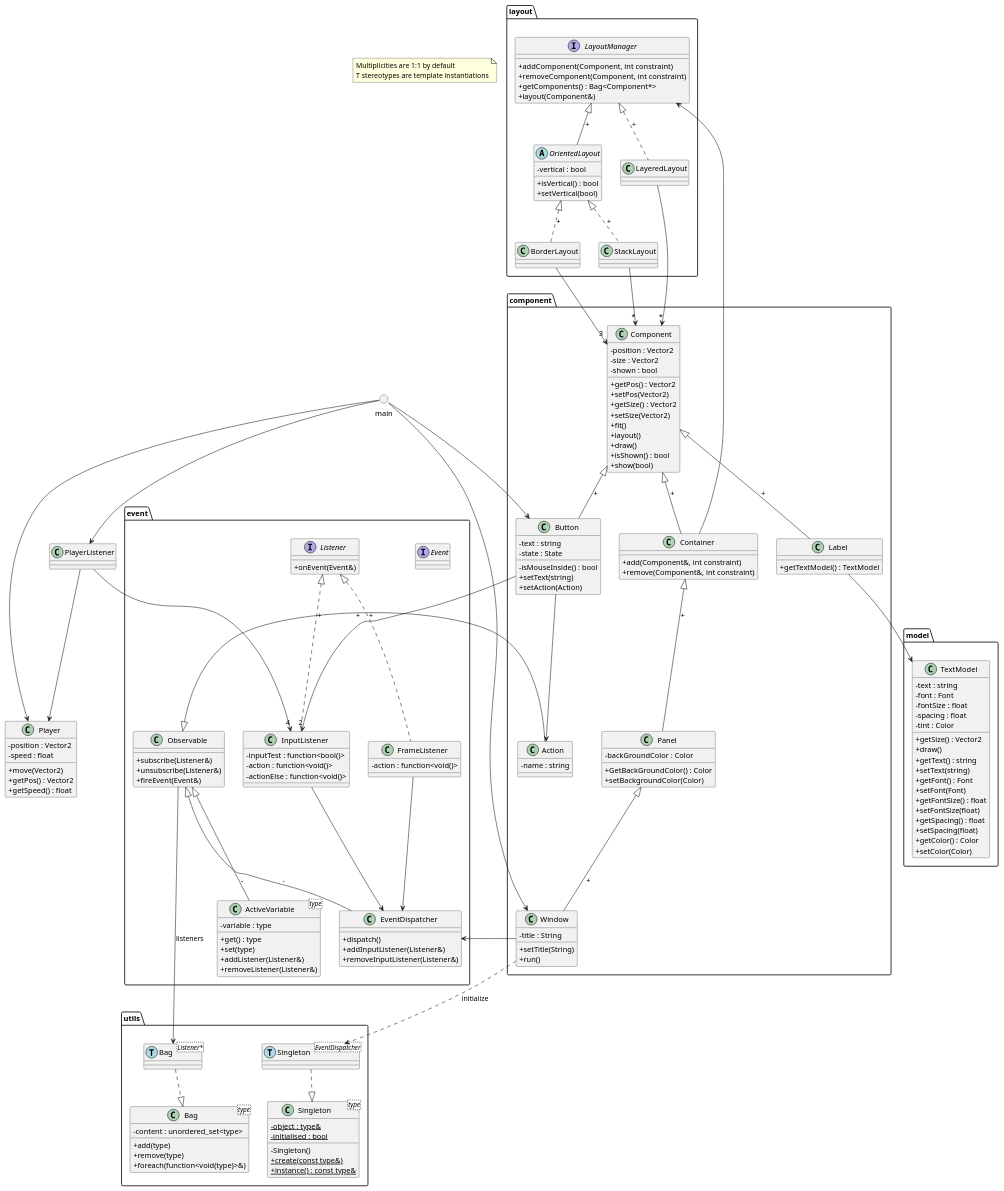
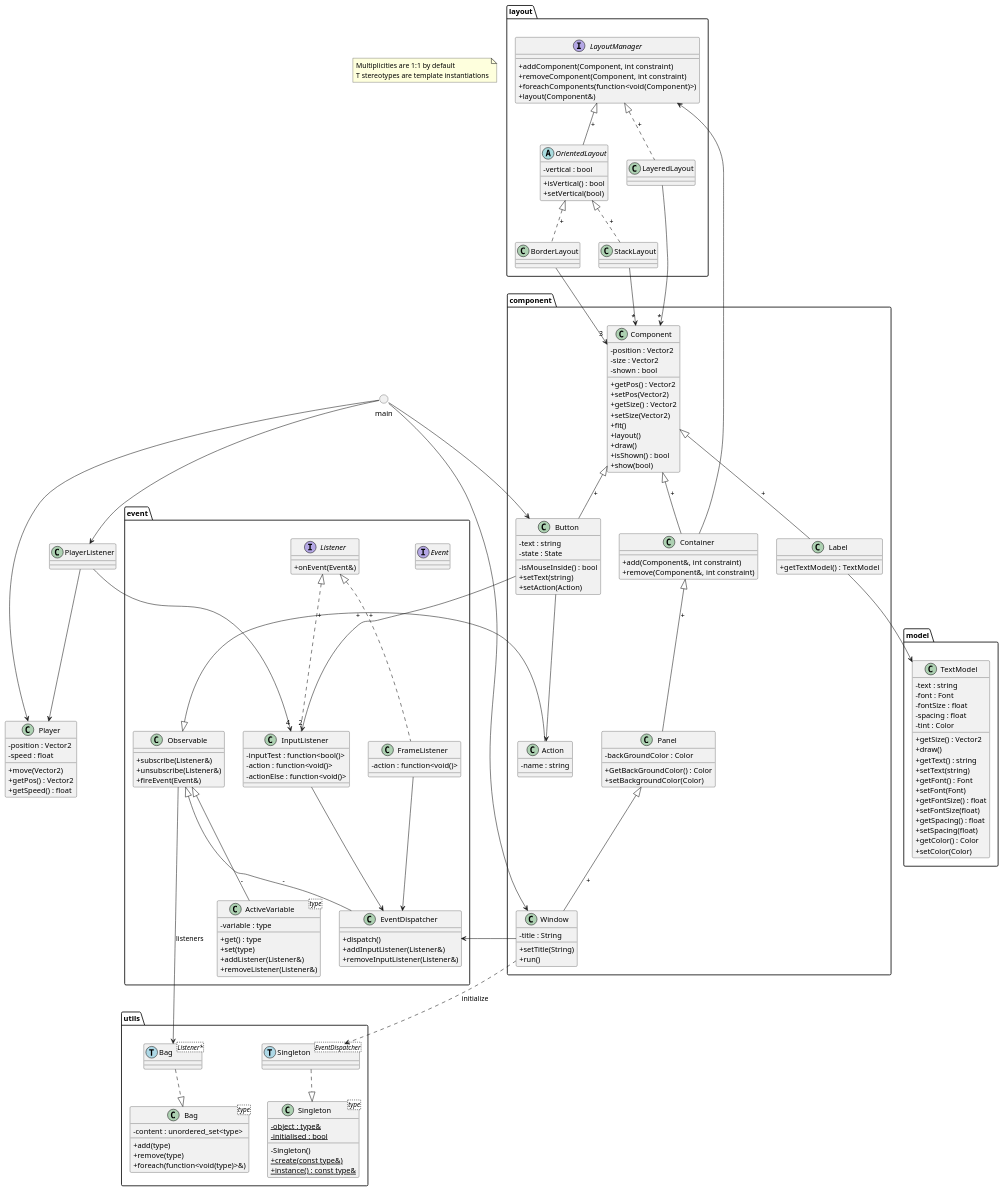
The diagram in project.puml (julesdupuis/CPP-UI-toolkit), drawn with PlantUML before and after one commit. The commit also changed 15 other files, not shown here.

Commit message:
fixed layouts, Label now draw text centered, changed LayoutManager::getComponents() into LayoutManager::foreachComponent() for easier drawing

```diff
--- a/project.puml
+++ b/project.puml
@@ -147,7 +147,7 @@
     interface LayoutManager{
         +addComponent(Component, int constraint)
         +removeComponent(Component, int constraint)
-        +getComponents() : Bag<Component*>
+        +foreachComponents(function<void(Component)>)
         +layout(Component&)
     }
     abstract class OrientedLayout{
```
